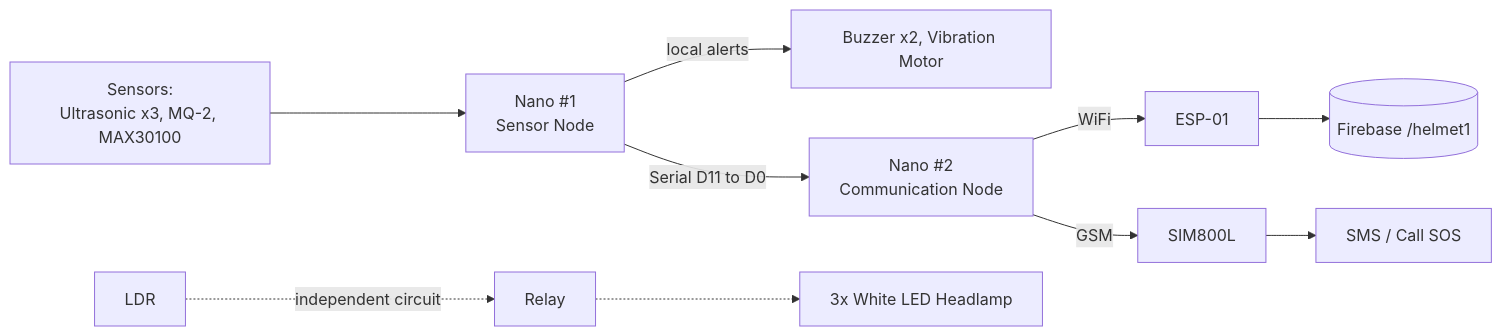
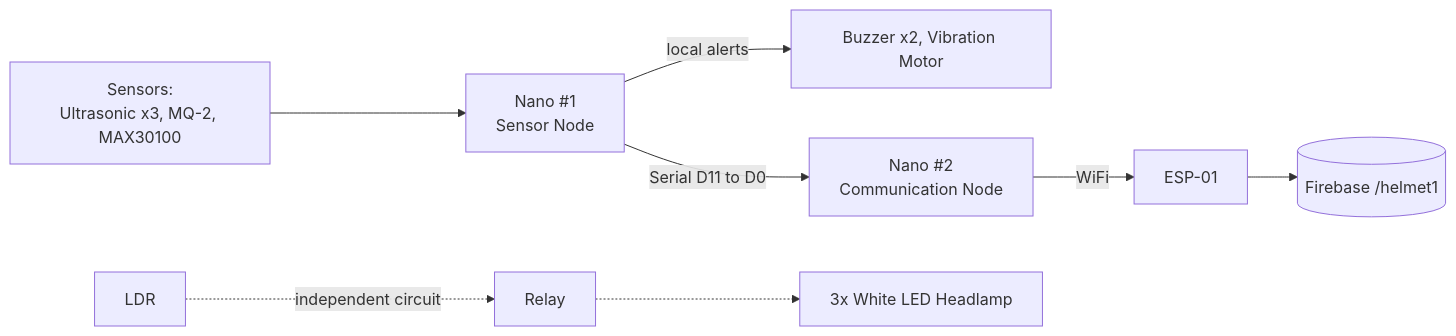
One commit to AjoyDas76/Safe_Guard changed the first of 3 diagrams in helmet/HELMET-CONNECTIONS.md. Above: the diagram before and after it, drawn with Mermaid. The commit also changed other lines of this file, not shown here.

First line of the commit message:
Update helmet connections and remove SIM800L module

````diff
--- a/helmet/HELMET-CONNECTIONS.md
+++ b/helmet/HELMET-CONNECTIONS.md
@@ -9,13 +9,11 @@
 ```mermaid
 graph LR
     S[Sensors:<br/>Ultrasonic x3, MQ-2, MAX30100] --> N1[Nano #1<br/>Sensor Node]
     N1 -- local alerts --> A[Buzzer x2, Vibration Motor]
     N1 -- Serial D11 to D0 --> N2[Nano #2<br/>Communication Node]
     N2 -- WiFi --> ESP[ESP-01]
-    N2 -- GSM --> SIM[SIM800L]
     ESP --> FB[(Firebase /helmet1)]
-    SIM --> SOS[SMS / Call SOS]
 
     LDR[LDR] -.independent circuit.-> REL[Relay]
     REL -.-> LED[3x White LED Headlamp]
 ```
````
